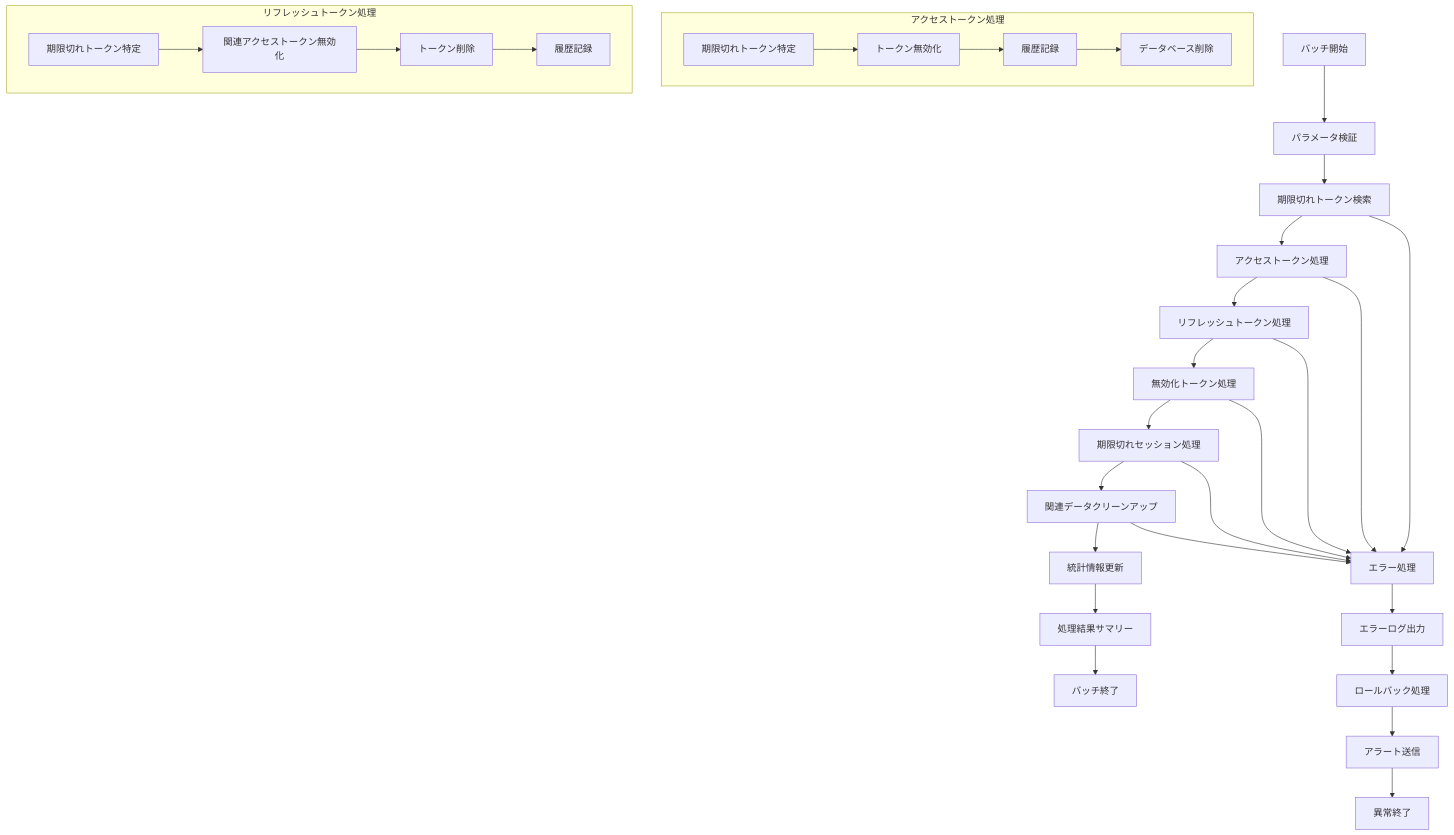
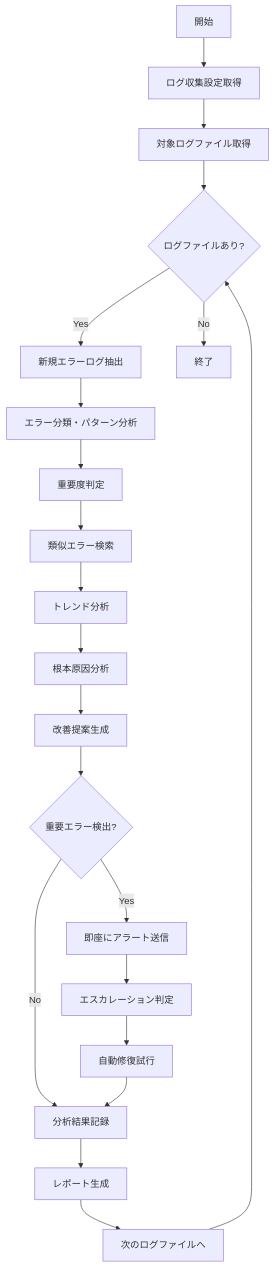
The diagram in docs/design/batch/specs/バッチ定義書_BATCH-005_エラーログ分析バッチ.md (sas-dx/skill-report-web), drawn with Mermaid before and after one commit. The commit also changed other lines of this file and 4 other files, not shown here.

````diff
--- a/docs/design/batch/specs/バッチ定義書_BATCH-005_エラーログ分析バッチ.md
+++ b/docs/design/batch/specs/バッチ定義書_BATCH-005_エラーログ分析バッチ.md
@@ -58,40 +21,23 @@
 ```mermaid
 flowchart TD
-    A[バッチ開始] --> B[パラメータ検証]
-    B --> C[期限切れトークン検索]
-    C --> D[アクセストークン処理]
-    D --> E[リフレッシュトークン処理]
-    E --> F[無効化トークン処理]
-    F --> G[期限切れセッション処理]
-    G --> H[関連データクリーンアップ]
-    H --> I[統計情報更新]
-    I --> J[処理結果サマリー]
-    J --> K[バッチ終了]
-    
-    C --> L[エラー処理]
-    D --> L
-    E --> L
-    F --> L
-    G --> L
-    H --> L
-    L --> M[エラーログ出力]
-    M --> N[ロールバック処理]
-    N --> O[アラート送信]
-    O --> P[異常終了]
-    
-    subgraph "アクセストークン処理"
-        D1[期限切れトークン特定]
-        D2[トークン無効化]
-        D3[履歴記録]
-        D4[データベース削除]
-        D1 --> D2 --> D3 --> D4
-    end
-    
-    subgraph "リフレッシュトークン処理"
-        E1[期限切れトークン特定]
-        E2[関連アクセストークン無効化]
-        E3[トークン削除]
-        E4[履歴記録]
-        E1 --> E2 --> E3 --> E4
-    end
+    A[開始] --> B[ログ収集設定取得]
+    B --> C[対象ログファイル取得]
+    C --> D{ログファイルあり?}
+    D -->|Yes| E[新規エラーログ抽出]
+    D -->|No| Z[終了]
+    E --> F[エラー分類・パターン分析]
+    F --> G[重要度判定]
+    G --> H[類似エラー検索]
+    H --> I[トレンド分析]
+    I --> J[根本原因分析]
+    J --> K[改善提案生成]
+    K --> L{重要エラー検出?}
+    L -->|Yes| M[即座にアラート送信]
+    L -->|No| P[分析結果記録]
+    M --> N[エスカレーション判定]
+    N --> O[自動修復試行]
+    O --> P
+    P --> Q[レポート生成]
+    Q --> R[次のログファイルへ]
+    R --> D
 ```
````
